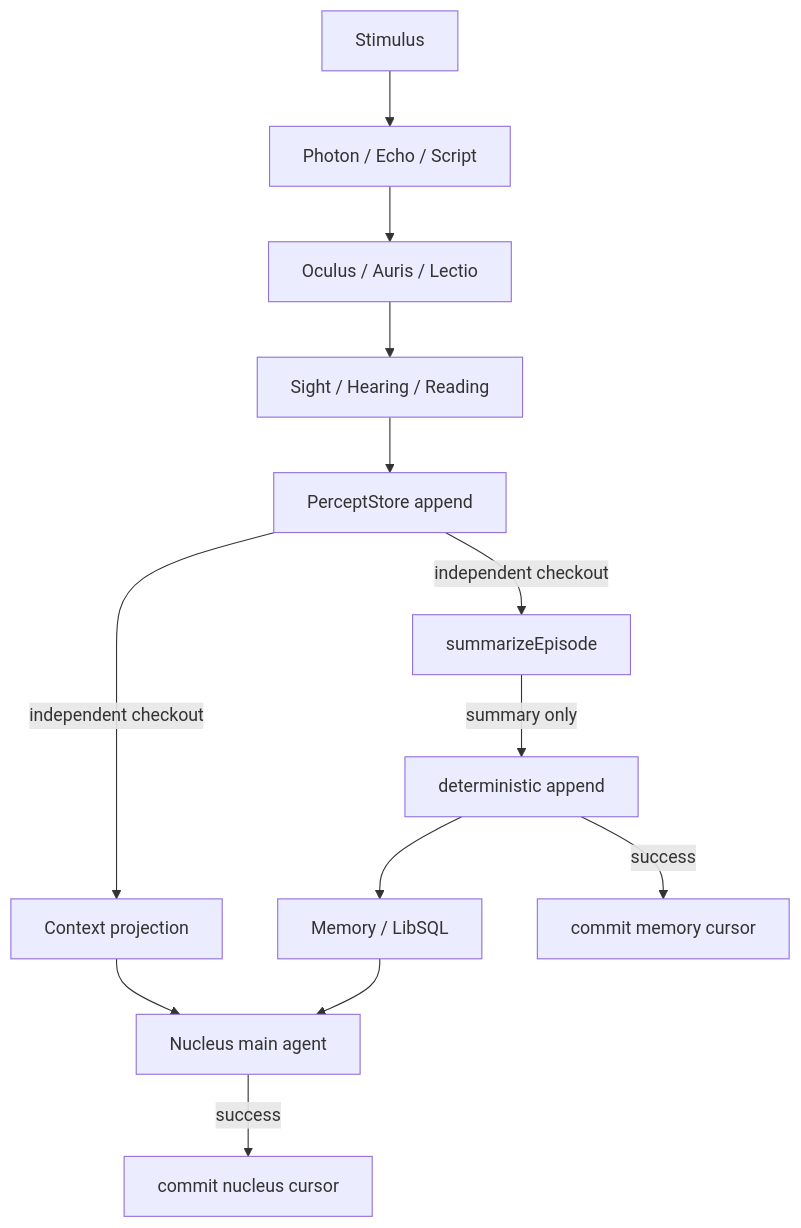
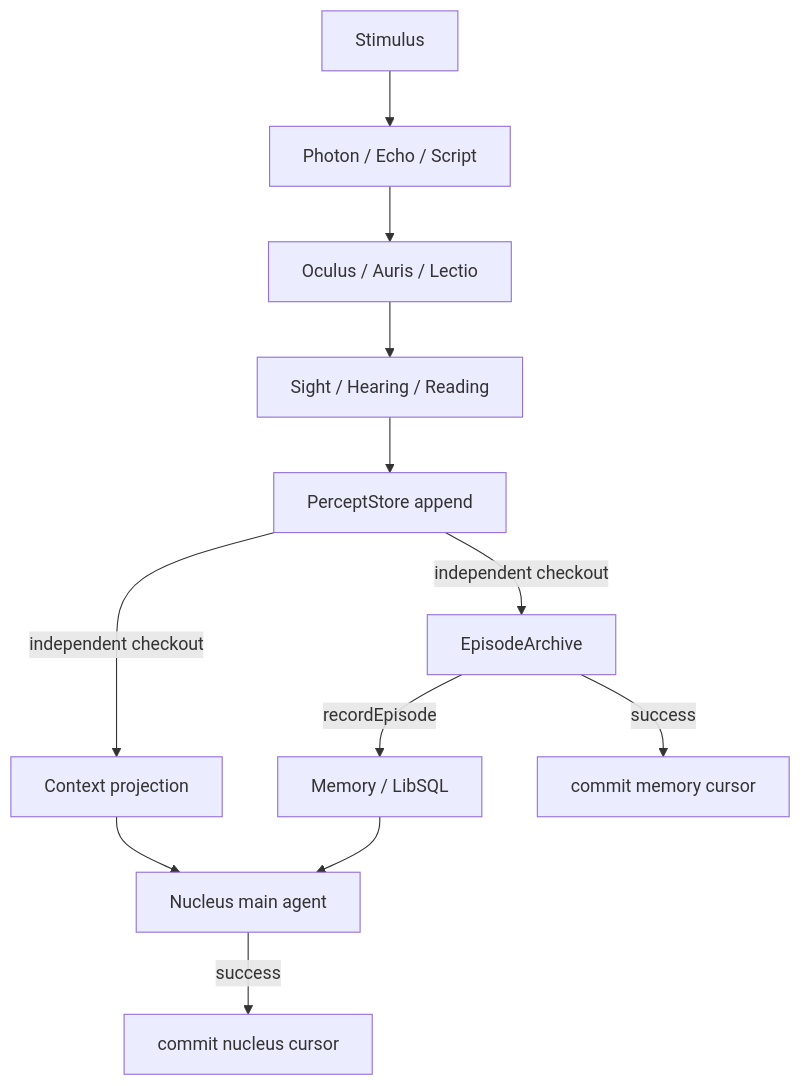
One commit to YanChenBai/ciel changed the diagram in packages/core/README.md. Above: the diagram before and after it, drawn with Mermaid. The commit also changed other lines of this file and 37 other files, not shown here.

Commit message:
refactor(core): simplify cognition and episode flow

````diff
--- a/packages/core/README.md
+++ b/packages/core/README.md
@@ -49,17 +49,16 @@
 ```mermaid
 flowchart TD
   Stimulus --> Signals["Photon / Echo / Script"]
   Signals --> Sensus["Oculus / Auris / Lectio"]
   Sensus --> Percepts["Sight / Hearing / Reading"]
   Percepts --> PerceptStore["PerceptStore append"]
 
   PerceptStore -->|"independent checkout"| Context["Context projection"]
   Context --> Nucleus["Nucleus main agent"]
   Memory --> Nucleus
   Nucleus -->|"success"| NucleusCommit["commit nucleus cursor"]
 
-  PerceptStore -->|"independent checkout"| Summarizer["summarizeEpisode"]
-  Summarizer -->|"summary only"| Coordinator["deterministic append"]
-  Coordinator --> Memory["Memory / LibSQL"]
-  Coordinator -->|"success"| MemoryCommit["commit memory cursor"]
+  PerceptStore -->|"independent checkout"| Archive["EpisodeArchive"]
+  Archive -->|"recordEpisode"| Memory["Memory / LibSQL"]
+  Archive -->|"success"| MemoryCommit["commit memory cursor"]
 ```
````
